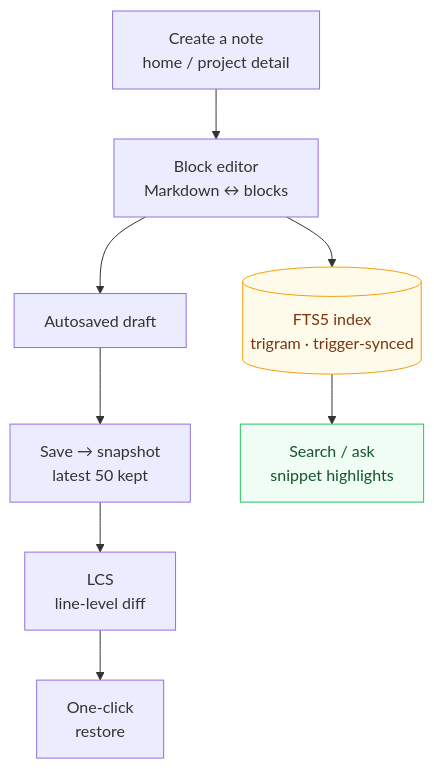
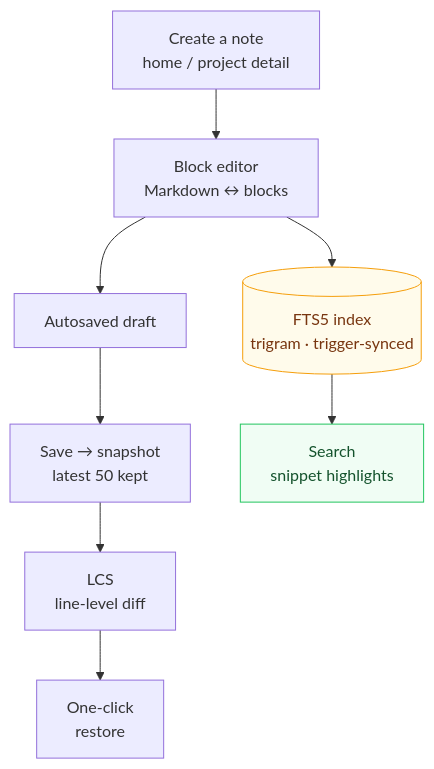
Before and after one commit to sky-jiangcheng/repo-nest: the diagram in docs/en/features/knowledge.md, drawn with Mermaid. The commit also changed other lines of this file and 28 other files, not shown here.

````diff
--- a/docs/en/features/knowledge.md
+++ b/docs/en/features/knowledge.md
@@ -10,14 +10,14 @@
 ```mermaid
 flowchart TB
     NEW["Create a note<br/>home / project detail"] --> ED["Block editor<br/>Markdown ↔ blocks"]
     ED --> AUTO["Autosaved draft"]
     AUTO --> SNAP["Save → snapshot<br/>latest 50 kept"]
     SNAP --> DIFF["LCS<br/>line-level diff"]
     DIFF --> BACK["One-click<br/>restore"]
     ED --> IDX[("FTS5 index<br/>trigram · trigger-synced")]
-    IDX --> SEARCH["Search / ask<br/>snippet highlights"]
+    IDX --> SEARCH["Search<br/>snippet highlights"]
         classDef store fill:#fffbeb,stroke:#f59e0b,color:#78350f
         classDef read fill:#f0fdf4,stroke:#22c55e,color:#14532d
     class IDX store
     class SEARCH read
 ```
````
